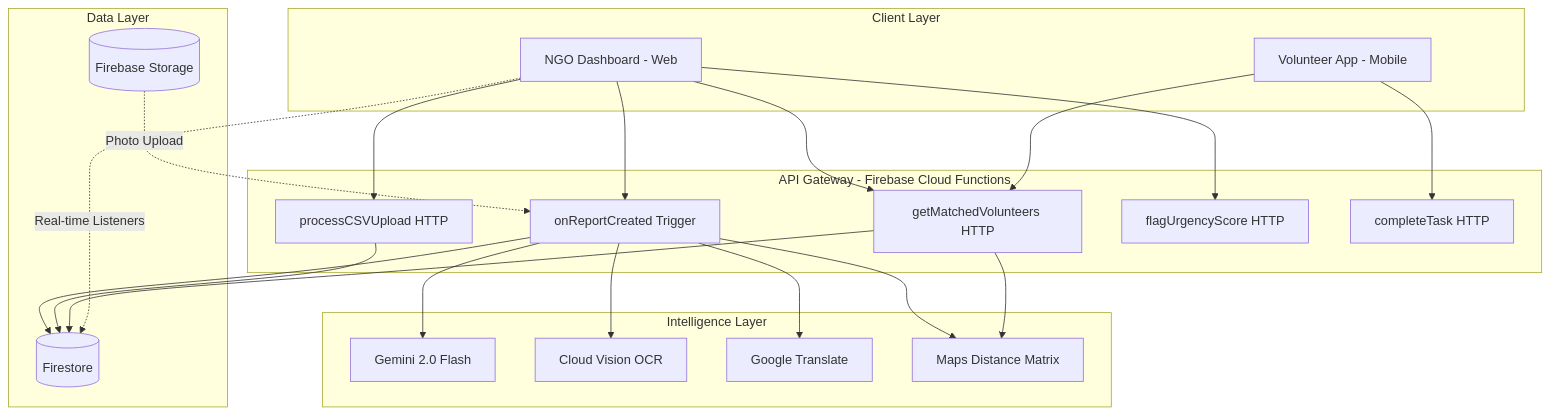
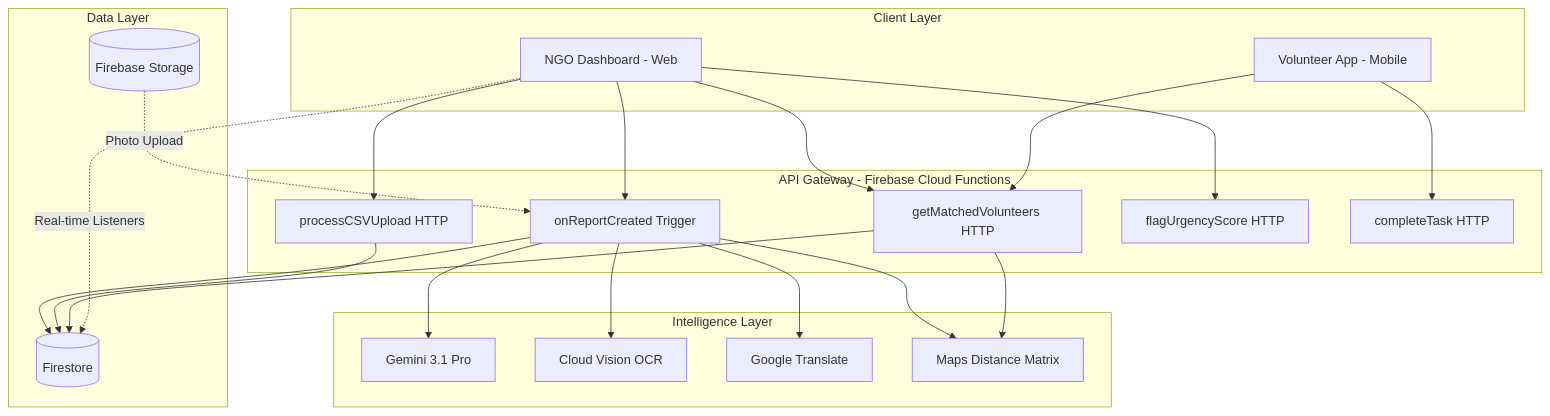
One commit to d4a1k11s19h8/allocare changed the second of 2 diagrams in README.md. Above: the diagram before and after it, drawn with Mermaid. The commit also changed other lines of this file, not shown here.

Commit message:
docs: Update README dashes and Gemini version

````diff
--- a/README.md
+++ b/README.md
@@ -72,36 +72,36 @@
 ```mermaid
 graph TB
     subgraph "Client Layer"
         A[NGO Dashboard - Web] 
         B[Volunteer App - Mobile]
     end
     
     subgraph "API Gateway - Firebase Cloud Functions"
         C[onReportCreated Trigger]
         D[processCSVUpload HTTP]
         E[getMatchedVolunteers HTTP]
         F[flagUrgencyScore HTTP]
         G[completeTask HTTP]
     end
     
     subgraph "Intelligence Layer"
-        H[Gemini 2.0 Flash]
+        H[Gemini 3.1 Pro]
         I[Cloud Vision OCR]
         J[Google Translate]
         K[Maps Distance Matrix]
     end
     
     subgraph "Data Layer"
         L[(Firestore)]
         M[(Firebase Storage)]
     end
     
     A --> C & D & E & F
     B --> E & G
     C --> I & J & H & K
     C --> L
     D --> L
     E --> L & K
     A -.->|Real-time Listeners| L
     M -.->|Photo Upload| C
 ```
````
